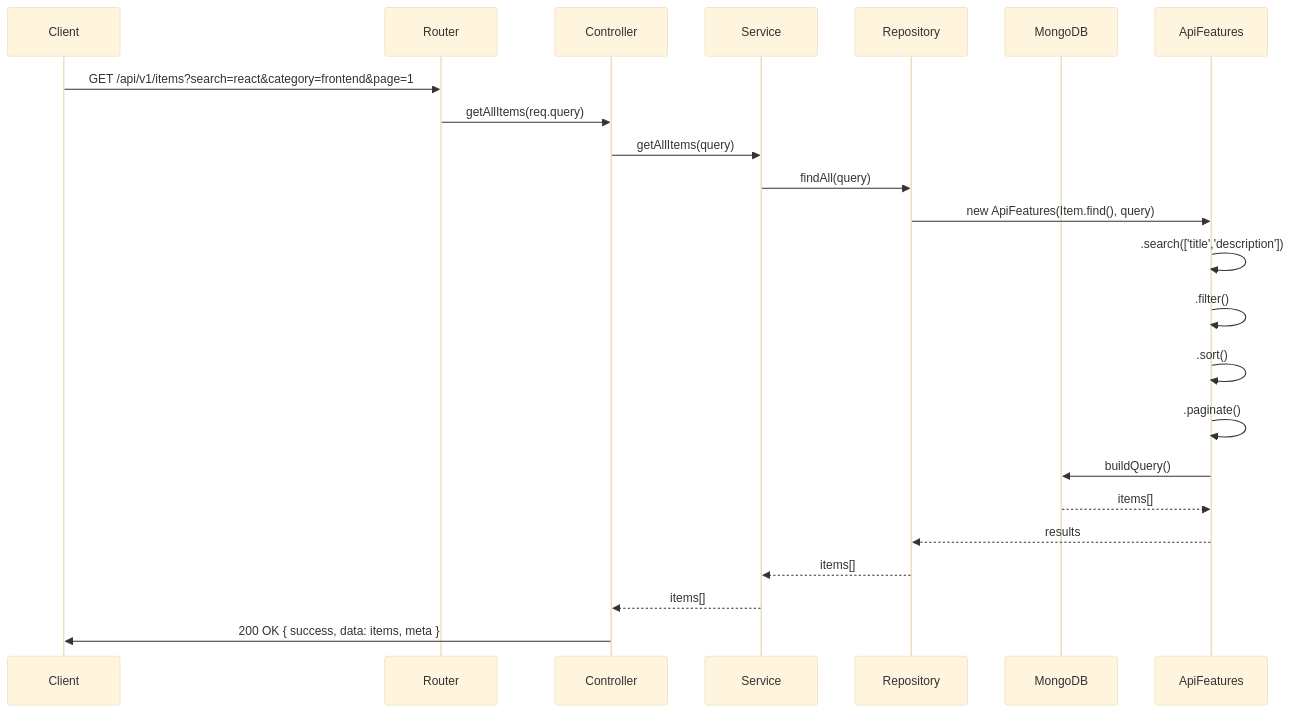
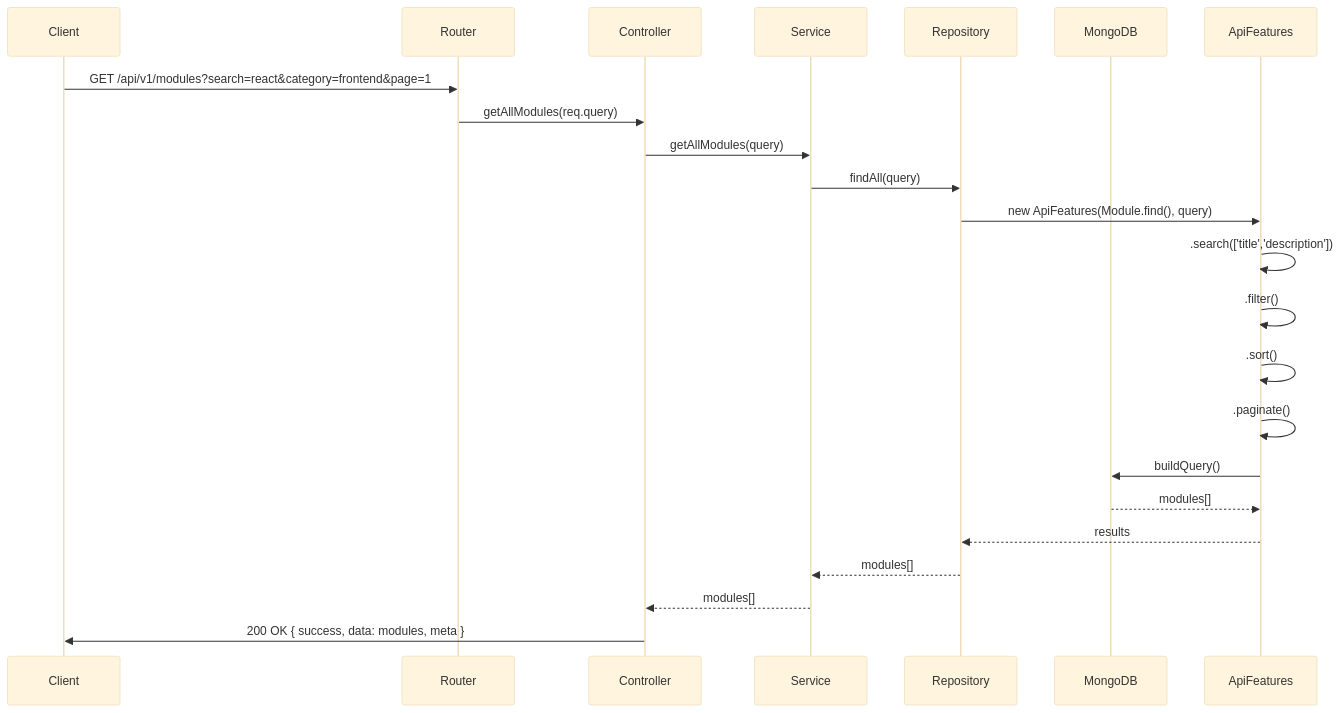
Before and after one commit to Sarwarhridoy4/StudyVault: the second of 16 diagrams in README.md, drawn with Mermaid (base theme). The commit also changed other lines of this file and 36 other files, not shown here.

First line of the commit message:
Refactor: study→course, item→module with linking capability

````diff
--- a/README.md
+++ b/README.md
@@ -348,26 +367,26 @@
 ```mermaid
 sequenceDiagram
     participant C as Client
     participant R as Router
     participant Ctrl as Controller
     participant S as Service
     participant Rep as Repository
     participant M as MongoDB
     participant AF as ApiFeatures
 
-    C->>R: GET /api/v1/items?search=react&category=frontend&page=1
-    R->>Ctrl: getAllItems(req.query)
-    Ctrl->>S: getAllItems(query)
+    C->>R: GET /api/v1/modules?search=react&category=frontend&page=1
+    R->>Ctrl: getAllModules(req.query)
+    Ctrl->>S: getAllModules(query)
     S->>Rep: findAll(query)
-    Rep->>AF: new ApiFeatures(Item.find(), query)
+    Rep->>AF: new ApiFeatures(Module.find(), query)
     AF->>AF: .search(['title','description'])
     AF->>AF: .filter()
     AF->>AF: .sort()
     AF->>AF: .paginate()
     AF->>M: buildQuery()
-    M-->>AF: items[]
+    M-->>AF: modules[]
     AF-->>Rep: results
-    Rep-->>S: items[]
-    S-->>Ctrl: items[]
-    Ctrl->>C: 200 OK { success, data: items, meta }
+    Rep-->>S: modules[]
+    S-->>Ctrl: modules[]
+    Ctrl->>C: 200 OK { success, data: modules, meta }
 ```
````
